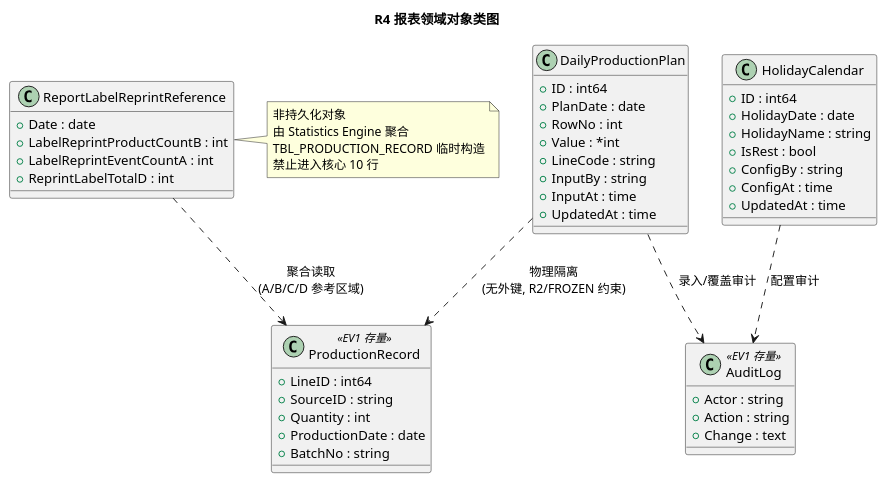
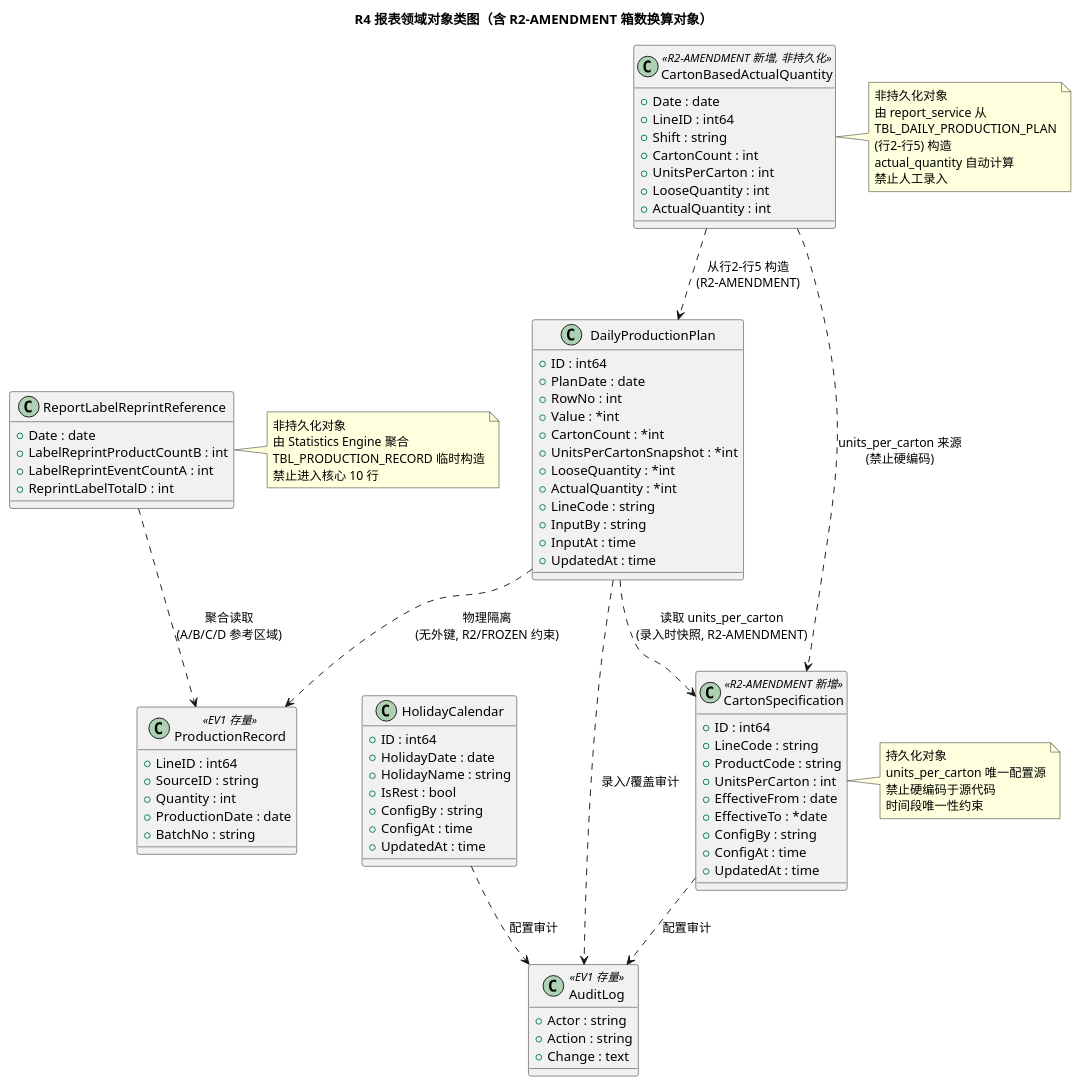
One commit to wujupeng/HWView changed the tenth of 14 diagrams in .codeartsdoer/specs/hwview_platform/design.md. Above: the diagram before and after it, drawn with PlantUML. The commit also changed other lines of this file and 1 other file, not shown here.

First line of the commit message:
R2-AMENDMENT: quantity=carton_count, actual_quantity=carton_count*units_per_carton+loose_quantity

````diff
--- a/.codeartsdoer/specs/hwview_platform/design.md
+++ b/.codeartsdoer/specs/hwview_platform/design.md
@@ -1986,12 +2068,16 @@
 ```plantuml
 @startuml
-title R4 报表领域对象类图
+title R4 报表领域对象类图（含 R2-AMENDMENT 箱数换算对象）
 
 class DailyProductionPlan {
   +ID : int64
   +PlanDate : date
   +RowNo : int
   +Value : *int
+  +CartonCount : *int
+  +UnitsPerCartonSnapshot : *int
+  +LooseQuantity : *int
+  +ActualQuantity : *int
   +LineCode : string
   +InputBy : string
   +InputAt : time
@@ -2006,6 +2092,28 @@
   +ConfigBy : string
   +ConfigAt : time
   +UpdatedAt : time
+}
+
+class CartonSpecification <<R2-AMENDMENT 新增>> {
+  +ID : int64
+  +LineCode : string
+  +ProductCode : string
+  +UnitsPerCarton : int
+  +EffectiveFrom : date
+  +EffectiveTo : *date
+  +ConfigBy : string
+  +ConfigAt : time
+  +UpdatedAt : time
+}
+
+class CartonBasedActualQuantity <<R2-AMENDMENT 新增, 非持久化>> {
+  +Date : date
+  +LineID : int64
+  +Shift : string
+  +CartonCount : int
+  +UnitsPerCarton : int
+  +LooseQuantity : int
+  +ActualQuantity : int
 }
 
 class ReportLabelReprintReference {
@@ -2036,10 +2144,30 @@
   禁止进入核心 10 行
 end note
 
+note right of CartonBasedActualQuantity
+  非持久化对象
+  由 report_service 从
+  TBL_DAILY_PRODUCTION_PLAN
+  (行2-行5) 构造
+  actual_quantity 自动计算
+  禁止人工录入
+end note
+
+note right of CartonSpecification
+  持久化对象
+  units_per_carton 唯一配置源
+  禁止硬编码于源代码
+  时间段唯一性约束
+end note
+
 DailyProductionPlan ..> ProductionRecord : 物理隔离\n(无外键, R2/FROZEN 约束)
+DailyProductionPlan ..> CartonSpecification : 读取 units_per_carton\n(录入时快照, R2-AMENDMENT)
+CartonBasedActualQuantity ..> DailyProductionPlan : 从行2-行5 构造\n(R2-AMENDMENT)
+CartonBasedActualQuantity ..> CartonSpecification : units_per_carton 来源\n(禁止硬编码)
 ReportLabelReprintReference ..> ProductionRecord : 聚合读取\n(A/B/C/D 参考区域)
 DailyProductionPlan ..> AuditLog : 录入/覆盖审计
 HolidayCalendar ..> AuditLog : 配置审计
+CartonSpecification ..> AuditLog : 配置审计
 
 @enduml
 ```
````
